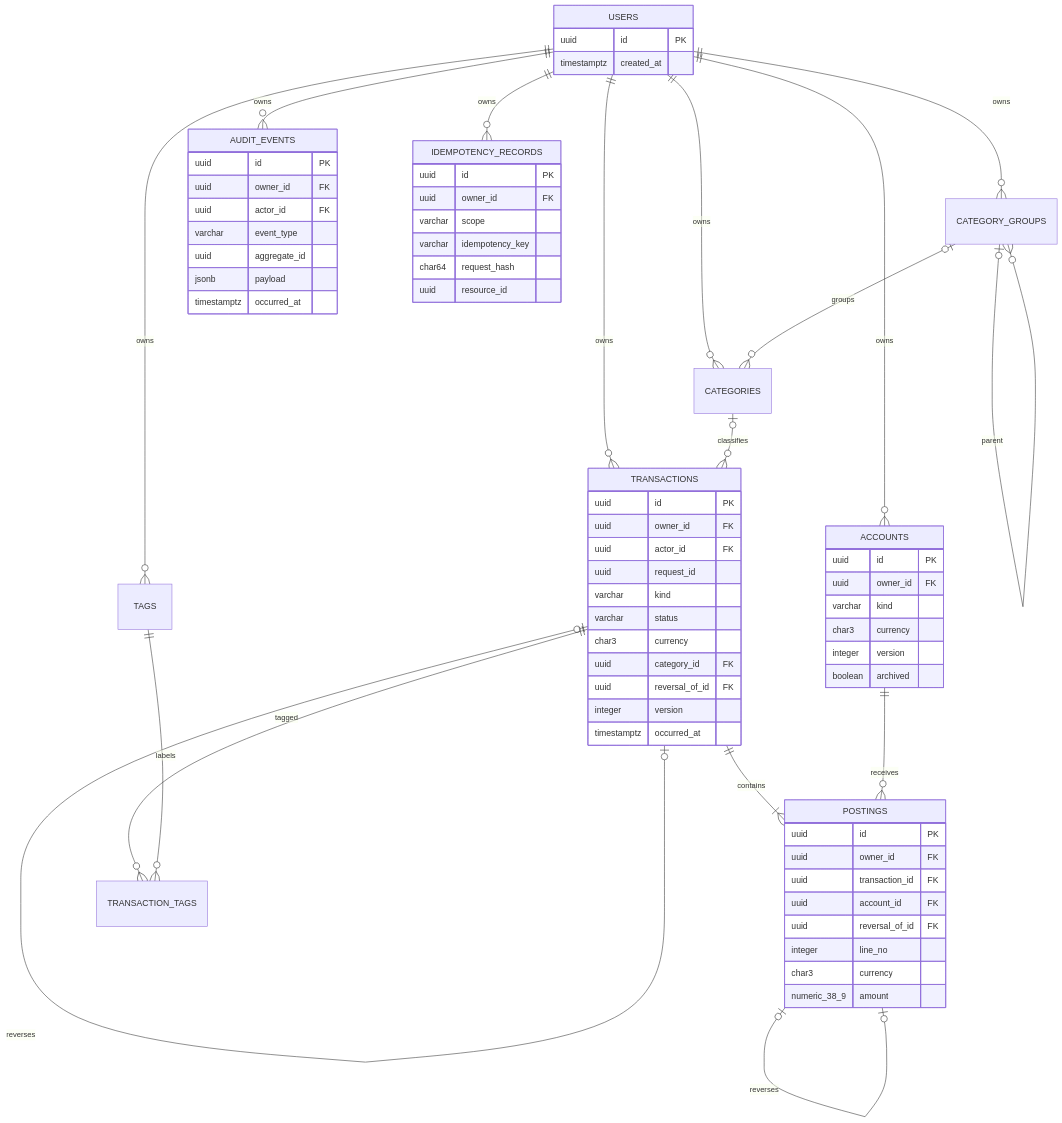
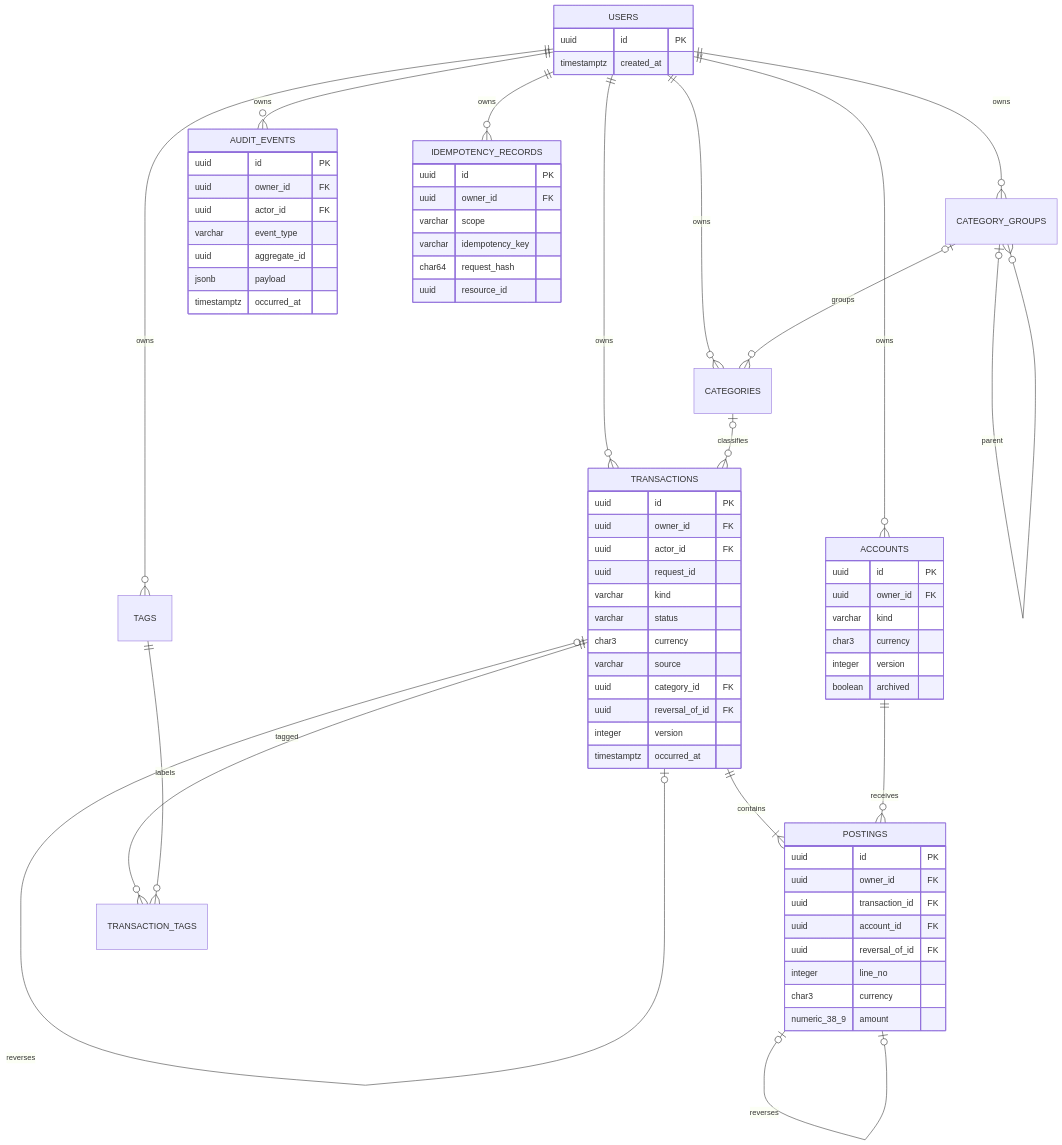
The diagram in docs/DATA_MODEL.md (drema3-4/Financial-Analytics), drawn with Mermaid before and after one commit. The commit also changed other lines of this file and 28 other files, not shown here.

````diff
--- a/docs/DATA_MODEL.md
+++ b/docs/DATA_MODEL.md
@@ -10,72 +10,73 @@
 ```mermaid
 erDiagram
     USERS ||--o{ ACCOUNTS : owns
     USERS ||--o{ CATEGORY_GROUPS : owns
     USERS ||--o{ CATEGORIES : owns
     USERS ||--o{ TAGS : owns
     USERS ||--o{ TRANSACTIONS : owns
     USERS ||--o{ AUDIT_EVENTS : owns
     USERS ||--o{ IDEMPOTENCY_RECORDS : owns
     CATEGORY_GROUPS o|--o{ CATEGORY_GROUPS : parent
     CATEGORY_GROUPS o|--o{ CATEGORIES : groups
     CATEGORIES o|--o{ TRANSACTIONS : classifies
     TRANSACTIONS ||--|{ POSTINGS : contains
     TRANSACTIONS o|--o| TRANSACTIONS : reverses
     ACCOUNTS ||--o{ POSTINGS : receives
     POSTINGS o|--o| POSTINGS : reverses
     TRANSACTIONS ||--o{ TRANSACTION_TAGS : tagged
     TAGS ||--o{ TRANSACTION_TAGS : labels
 
     USERS {
         uuid id PK
         timestamptz created_at
     }
     ACCOUNTS {
         uuid id PK
         uuid owner_id FK
         varchar kind
         char3 currency
         integer version
         boolean archived
     }
     TRANSACTIONS {
         uuid id PK
         uuid owner_id FK
         uuid actor_id FK
         uuid request_id
         varchar kind
         varchar status
         char3 currency
+        varchar source
         uuid category_id FK
         uuid reversal_of_id FK
         integer version
         timestamptz occurred_at
     }
     POSTINGS {
         uuid id PK
         uuid owner_id FK
         uuid transaction_id FK
         uuid account_id FK
         uuid reversal_of_id FK
         integer line_no
         char3 currency
         numeric_38_9 amount
     }
     AUDIT_EVENTS {
         uuid id PK
         uuid owner_id FK
         uuid actor_id FK
         varchar event_type
         uuid aggregate_id
         jsonb payload
         timestamptz occurred_at
     }
     IDEMPOTENCY_RECORDS {
         uuid id PK
         uuid owner_id FK
         varchar scope
         varchar idempotency_key
         char64 request_hash
         uuid resource_id
     }
 ```
````
